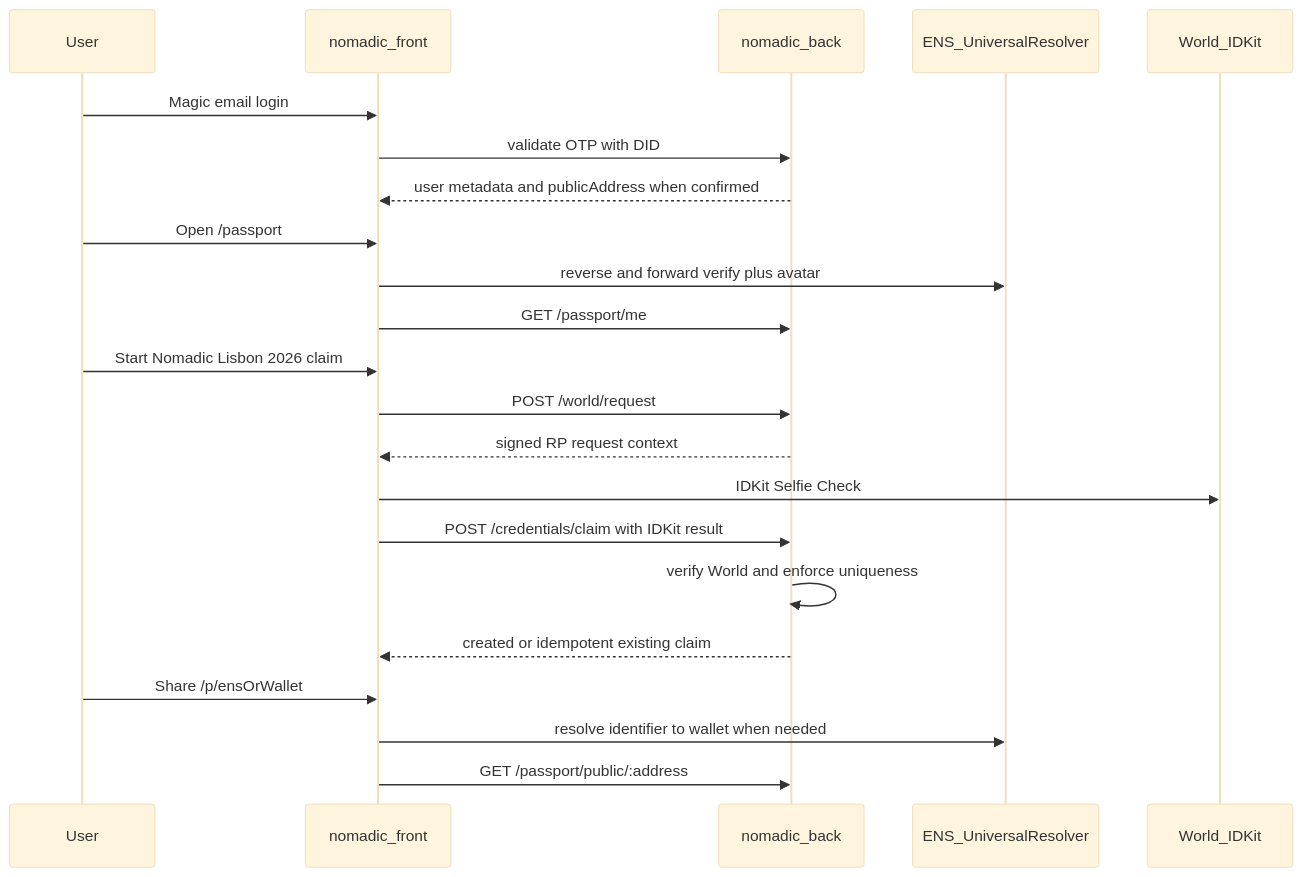
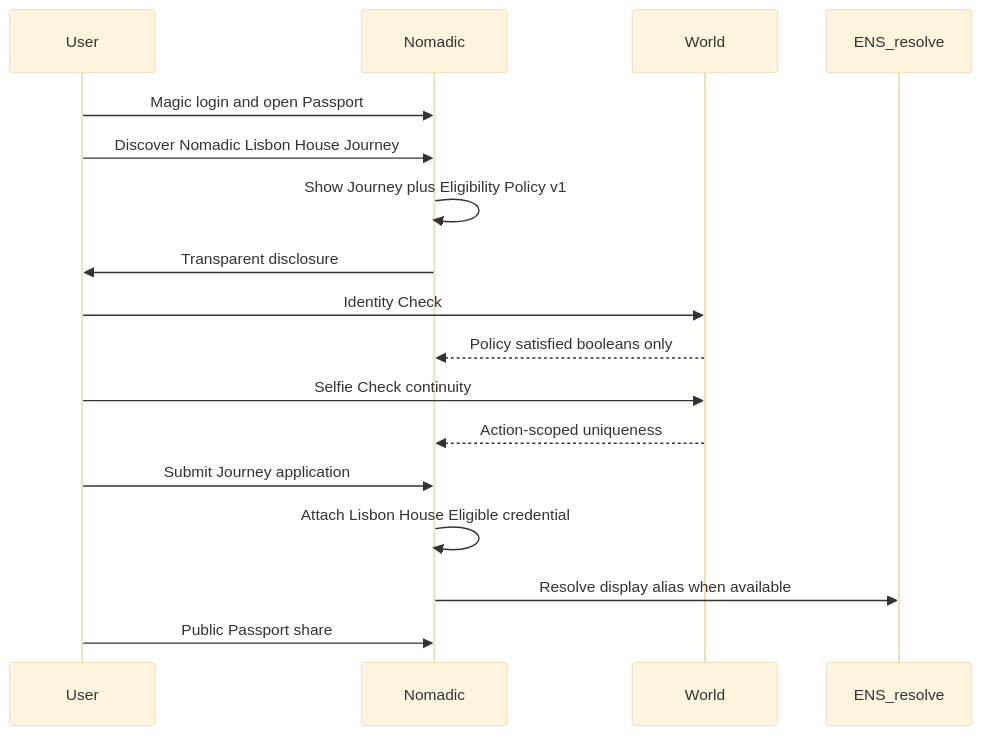
One commit to Nomadic-Accelerationism/nomadic-front changed the diagram in docs/LISBON_MVP.md. Above: the diagram before and after it, drawn with Mermaid (base theme). The commit also changed other lines of this file and 5 other files, not shown here.

First line of the commit message:
docs: re-center Lisbon P0 on Journey and five entities

````diff
--- a/docs/LISBON_MVP.md
+++ b/docs/LISBON_MVP.md
@@ -159,25 +123,20 @@
 ```mermaid
 sequenceDiagram
   participant User
-  participant Front as nomadic_front
-  participant Back as nomadic_back
-  participant ENS as ENS_UniversalResolver
-  participant World as World_IDKit
+  participant App as Nomadic
+  participant World as World
+  participant ENS as ENS_resolve
 
-  User->>Front: Magic email login
-  Front->>Back: validate OTP with DID
-  Back-->>Front: user metadata and publicAddress when confirmed
-  User->>Front: Open /passport
-  Front->>ENS: reverse and forward verify plus avatar
-  Front->>Back: GET /passport/me
-  User->>Front: Start Nomadic Lisbon 2026 claim
-  Front->>Back: POST /world/request
-  Back-->>Front: signed RP request context
-  Front->>World: IDKit Selfie Check
-  Front->>Back: POST /credentials/claim with IDKit result
-  Back->>Back: verify World and enforce uniqueness
-  Back-->>Front: created or idempotent existing claim
-  User->>Front: Share /p/ensOrWallet
-  Front->>ENS: resolve identifier to wallet when needed
-  Front->>Back: GET /passport/public/:address
+  User->>App: Magic login and open Passport
+  User->>App: Discover Nomadic Lisbon House Journey
+  App->>App: Show Journey plus Eligibility Policy v1
+  App->>User: Transparent disclosure
+  User->>World: Identity Check
+  World-->>App: Policy satisfied booleans only
+  User->>World: Selfie Check continuity
+  World-->>App: Action-scoped uniqueness
+  User->>App: Submit Journey application
+  App->>App: Attach Lisbon House Eligible credential
+  App->>ENS: Resolve display alias when available
+  User->>App: Public Passport share
 ```
````
